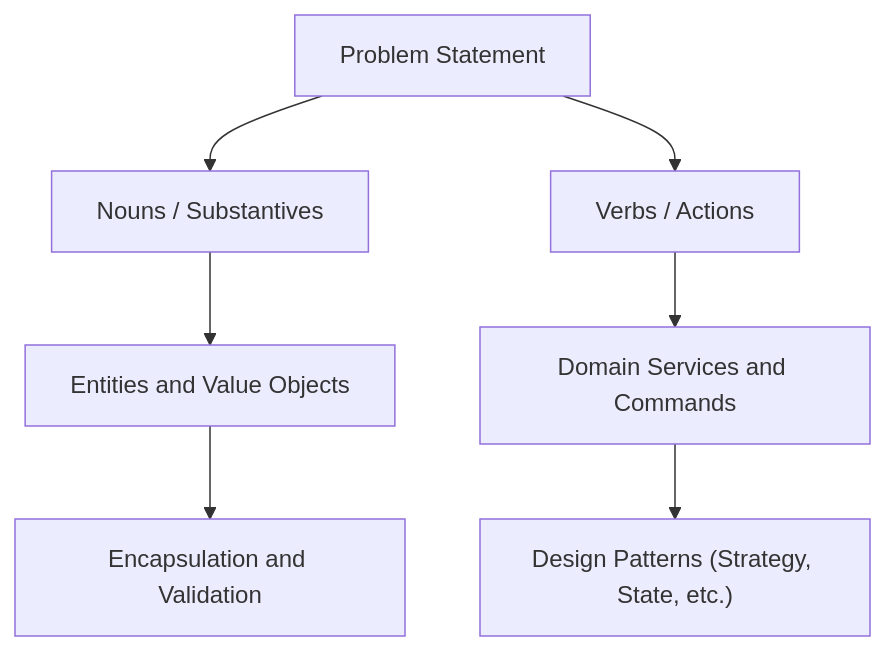
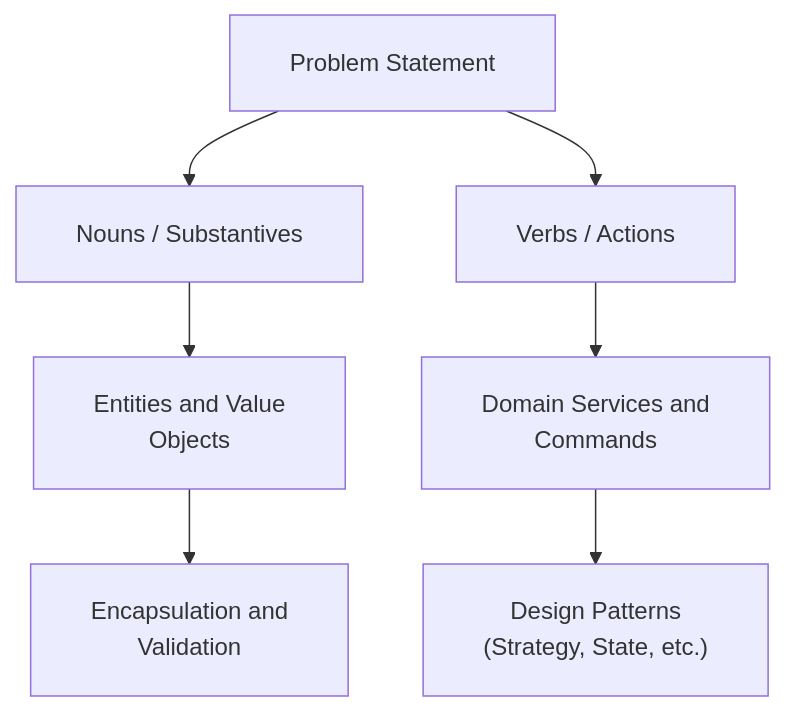
Before and after one commit to dip4k/DSA_102: the fourth of 4 diagrams in LLD/00_Core_Concepts/06_Interview_Execution_Framework.md, drawn with Mermaid. The commit also changed other lines of this file and 108 other files, not shown here.

First line of the commit message:
fix(mermaid): resolve diagram clipping, padding, and syntax issues across repo

````diff
--- a/LLD/00_Core_Concepts/06_Interview_Execution_Framework.md
+++ b/LLD/00_Core_Concepts/06_Interview_Execution_Framework.md
@@ -122,9 +125,10 @@
 ```mermaid
+%%{init: {"flowchart": {"htmlLabels": true, "padding": 20}}}%%
 flowchart TD
     Text["Problem Statement"] --> Nouns["Nouns / Substantives"]
     Text --> Verbs["Verbs / Actions"]
-    Nouns --> Entities["Entities and Value Objects"]
-    Verbs --> Services["Domain Services and Commands"]
-    Entities --> Invariants["Encapsulation and Validation"]
-    Services --> Patterns["Design Patterns (Strategy, State, etc.)"]
+    Nouns --> Entities["Entities and Value<br/>Objects"]
+    Verbs --> Services["Domain Services and<br/>Commands"]
+    Entities --> Invariants["Encapsulation and<br/>Validation"]
+    Services --> Patterns["Design Patterns<br/>(Strategy, State, etc.)"]
 ```
````
